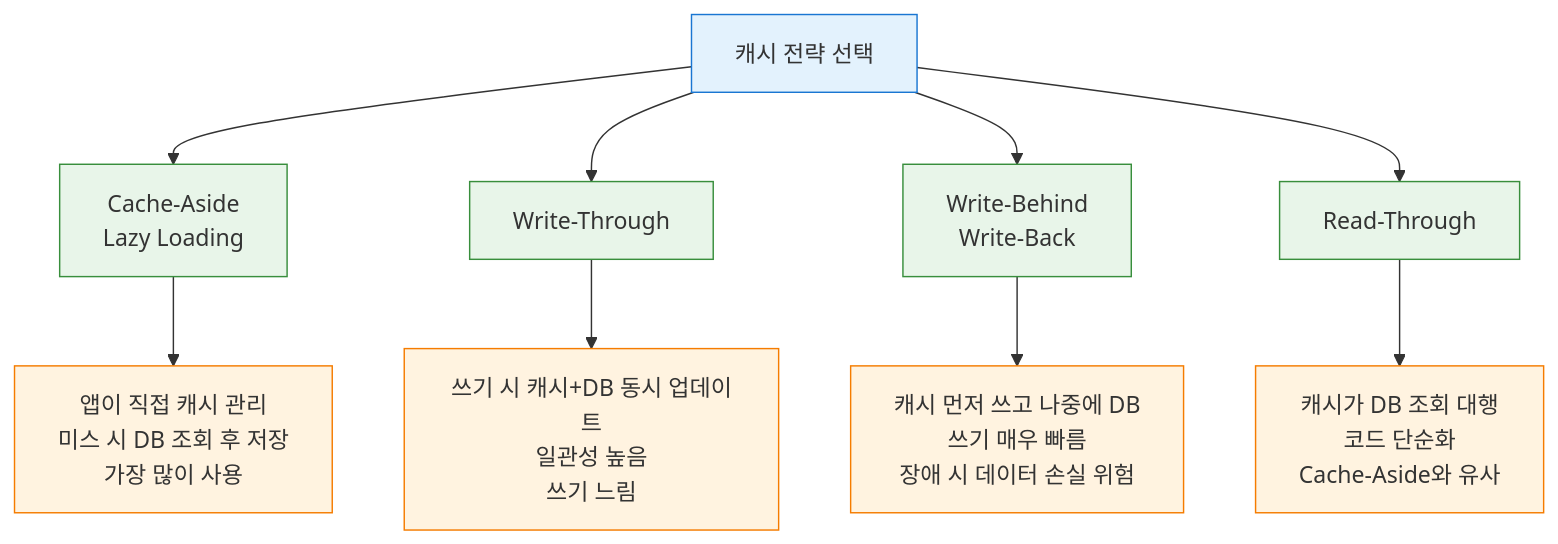
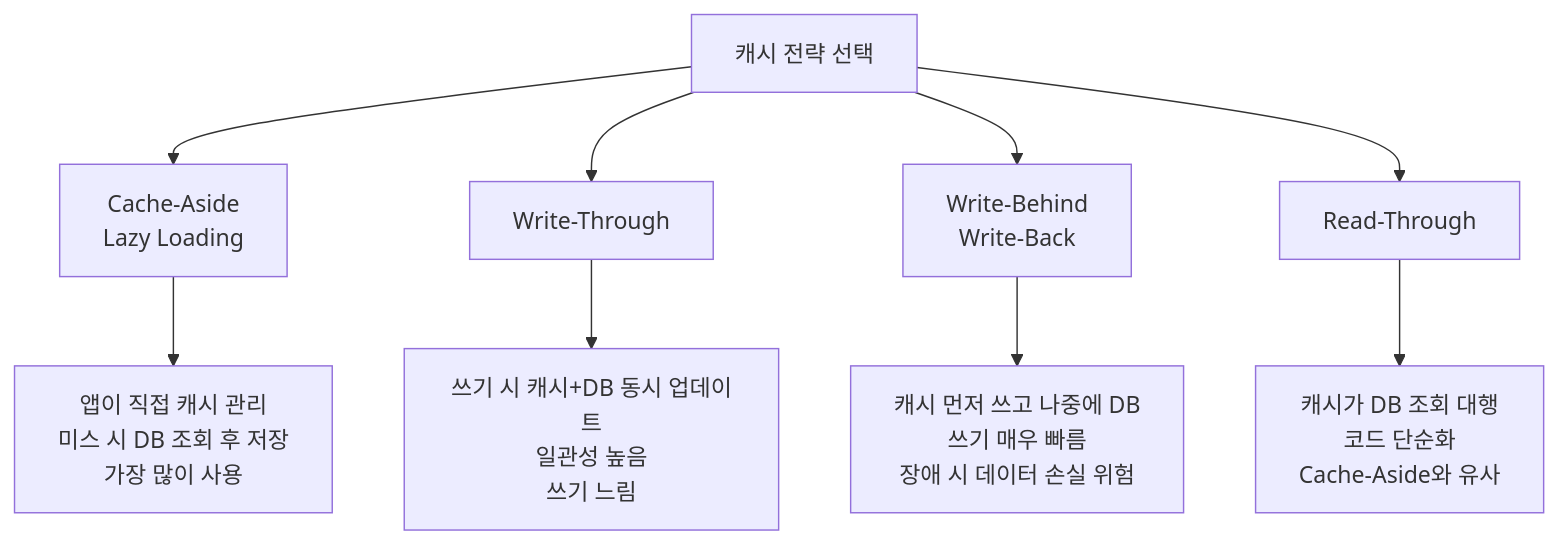
Diagram 11 of 17 in _posts/systemdesign/2026-05-02-system-design-fundamentals.md (yjkim2015/yjkim2015.github.io), drawn with Mermaid before and after one commit. The commit also changed other lines of this file and 215 other files, not shown here.

First line of the commit message:
신규 포스트 10개 추가 + Mermaid 전면 축소 + SystemDesign 시리즈 보강

````diff
--- a/_posts/systemdesign/2026-05-02-system-design-fundamentals.md
+++ b/_posts/systemdesign/2026-05-02-system-design-fundamentals.md
@@ -512,20 +400,12 @@
 ```mermaid
 graph TD
     A["캐시 전략 선택"]
     A --> B["Cache-Aside\nLazy Loading"]
     A --> C["Write-Through"]
     A --> D["Write-Behind\nWrite-Back"]
     A --> E["Read-Through"]
-
     B --> F["앱이 직접 캐시 관리\n미스 시 DB 조회 후 저장\n가장 많이 사용"]
     C --> G["쓰기 시 캐시+DB 동시 업데이트\n일관성 높음\n쓰기 느림"]
     D --> H["캐시 먼저 쓰고 나중에 DB\n쓰기 매우 빠름\n장애 시 데이터 손실 위험"]
     E --> I["캐시가 DB 조회 대행\n코드 단순화\nCache-Aside와 유사"]
-
-    classDef client fill:#e3f2fd,stroke:#1976d2
-    classDef server fill:#e8f5e9,stroke:#388e3c
-    classDef db fill:#fff3e0,stroke:#f57c00
-    class A client
-    class B,C,D,E server
-    class F,G,H,I db
 ```
````
